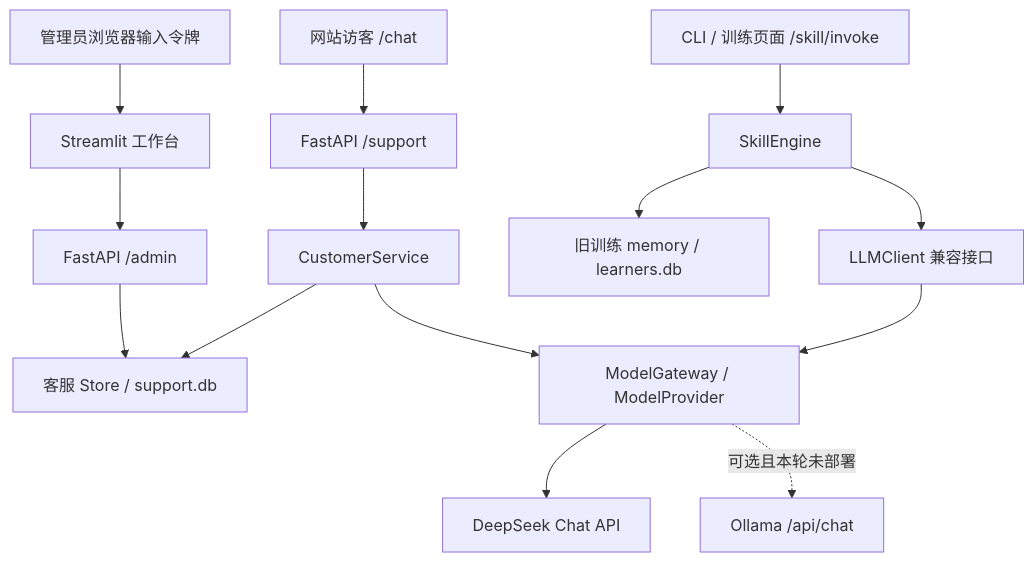
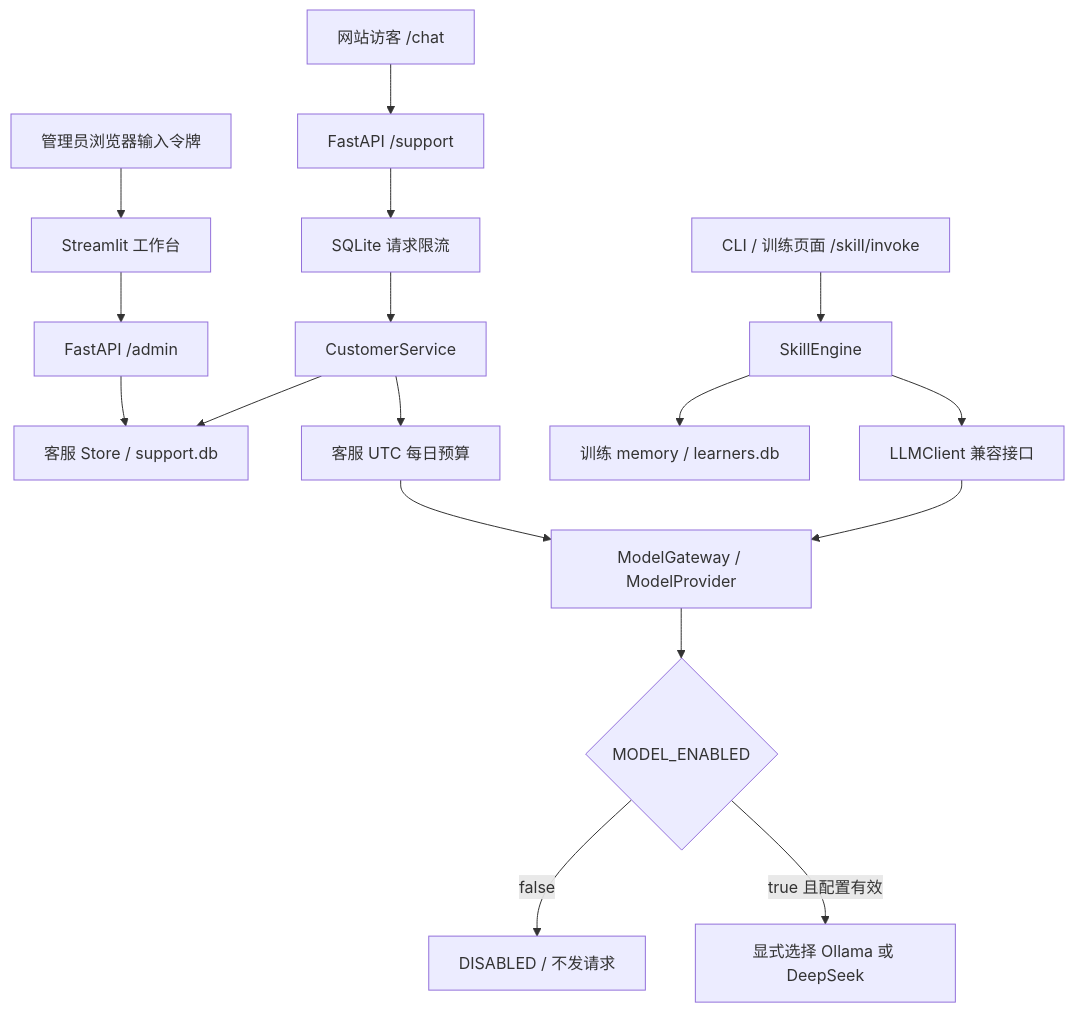
One commit to cvcingcvc-code/sales-skill-ai changed the diagram in docs/ARCHITECTURE.md. Above: the diagram before and after it, drawn with Mermaid. The commit also changed other lines of this file and 6 other files, not shown here.

````diff
--- a/docs/ARCHITECTURE.md
+++ b/docs/ARCHITECTURE.md
@@ -7,16 +9,19 @@
 ```mermaid
 flowchart TD
     Visitor[网站访客 /chat] --> Public[FastAPI /support]
     Browser[管理员浏览器输入令牌] --> UI[Streamlit 工作台]
     UI --> Admin[FastAPI /admin]
-    Public --> Support[CustomerService]
+    Public --> Limits[SQLite 请求限流]
+    Limits --> Support[CustomerService]
     Admin --> Store[客服 Store / support.db]
     Support --> Store
-    Support --> Gateway[ModelGateway / ModelProvider]
+    Support --> Budget[客服 UTC 每日预算]
+    Budget --> Gateway[ModelGateway / ModelProvider]
     Training[CLI / 训练页面 /skill/invoke] --> Engine[SkillEngine]
-    Engine --> Memory[旧训练 memory / learners.db]
+    Engine --> Memory[训练 memory / learners.db]
     Engine --> Facade[LLMClient 兼容接口]
     Facade --> Gateway
-    Gateway --> DeepSeek[DeepSeek Chat API]
-    Gateway -.可选且本轮未部署.-> Ollama[Ollama /api/chat]
+    Gateway --> Switch{MODEL_ENABLED}
+    Switch -->|false| Disabled[DISABLED / 不发请求]
+    Switch -->|true 且配置有效| Provider[显式选择 Ollama 或 DeepSeek]
 ```
````
